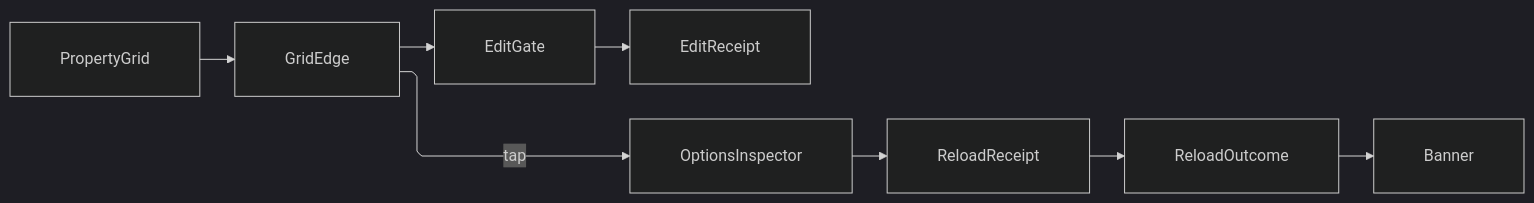
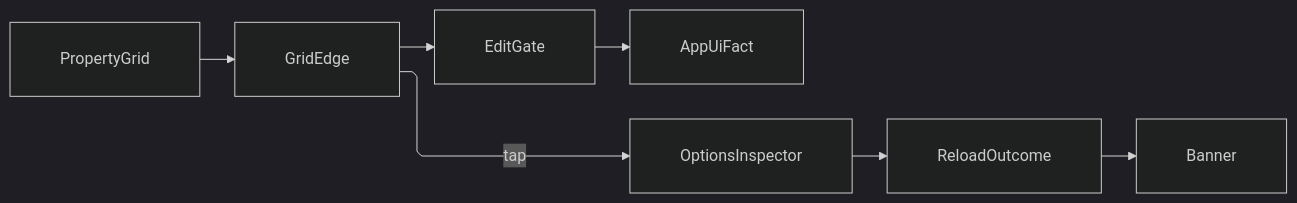
The diagram in libs/dotnet/Rasm.AppUi/.planning/Editing/inspector.md (bsamiee/Rasm), drawn with Mermaid (dark theme) before and after one commit. The commit also changed other lines of this file and 1417 other files, not shown here.

````diff
--- a/libs/dotnet/Rasm.AppUi/.planning/Editing/inspector.md
+++ b/libs/dotnet/Rasm.AppUi/.planning/Editing/inspector.md
@@ -674,19 +667,18 @@
 ```mermaid
 ---
 config:
   layout: elk
   flowchart:
     curve: linear
     padding: 25
 ---
 flowchart LR
-    accTitle: Inspector edit and reload receipts
-    accDescr: Grid events admit through one edge union into the gate and seal pair, options persistence taps the same admitted stream, and reload receipts fold to typed banners.
+    accTitle: Inspector edits and option reloads
+    accDescr: Grid events admit through one edge union into the gate and settlement pair, options persistence taps the same admitted stream, and reload outcomes fold to typed banners.
     PropertyGrid --> GridEdge
     GridEdge --> EditGate
-    EditGate --> EditReceipt
+    EditGate --> AppUiFact
     GridEdge -->|tap| OptionsInspector
-    OptionsInspector --> ReloadReceipt
-    ReloadReceipt --> ReloadOutcome
+    OptionsInspector --> ReloadOutcome
     ReloadOutcome --> Banner
 ```
````
